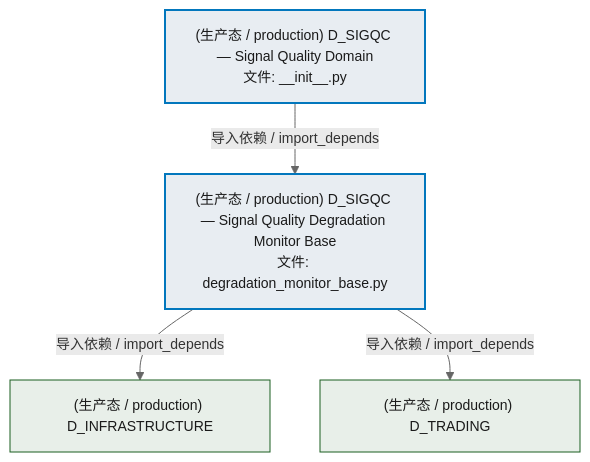
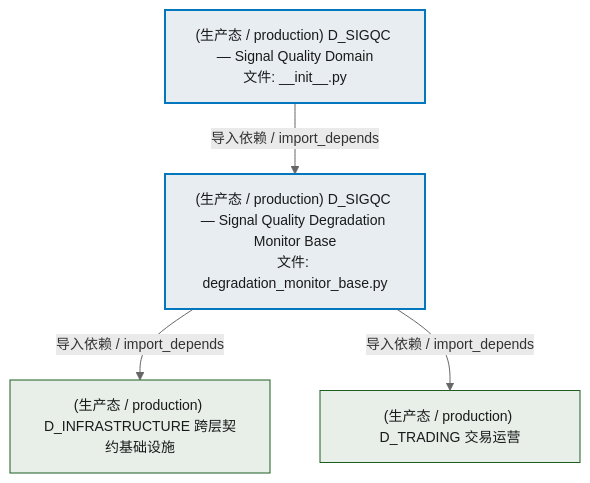
The second of 3 diagrams in docs/02_enterprise_architecture/02_domain_architecture_docs/69_d_sigqc.md (xuanFelixVan/ZephyrAlpha), drawn with Mermaid before and after one commit. The commit also changed other lines of this file and 45 other files, not shown here.

````diff
--- a/docs/02_enterprise_architecture/02_domain_architecture_docs/69_d_sigqc.md
+++ b/docs/02_enterprise_architecture/02_domain_architecture_docs/69_d_sigqc.md
@@ -84,17 +84,17 @@
 ```mermaid
 %%{init: {'theme': 'base', 'themeVariables': {'primaryColor': '#eaeaea', 'primaryTextColor': '#333333', 'primaryBorderColor': '#666666', 'lineColor': '#666666', 'secondaryColor': '#eaeaea', 'tertiaryColor': '#eaeaea', 'fontSize': '14px'}}}%%
 flowchart TD
     src_zephyr_signal_quality_init_py["(生产态 / production) D_SIGQC — Signal Quality Domain<br/>文件: __init__.py"]
     src_zephyr_signal_quality_degradation_monitor_base_py["(生产态 / production) D_SIGQC — Signal Quality Degradation Monitor Base<br/>文件: degradation_monitor_base.py"]
     src_zephyr_signal_quality_init_py -->|导入依赖 / import_depends| src_zephyr_signal_quality_degradation_monitor_base_py
-    D_INFRASTRUCTURE["(生产态 / production) D_INFRASTRUCTURE"]
+    D_INFRASTRUCTURE["(生产态 / production) D_INFRASTRUCTURE 跨层契约基础设施"]
     src_zephyr_signal_quality_degradation_monitor_base_py -->|导入依赖 / import_depends| D_INFRASTRUCTURE
-    D_TRADING["(生产态 / production) D_TRADING"]
+    D_TRADING["(生产态 / production) D_TRADING 交易运营"]
     src_zephyr_signal_quality_degradation_monitor_base_py -->|导入依赖 / import_depends| D_TRADING
     classDef production fill:#e8edf2,stroke:#0277bd,stroke-width:2px,color:#1a1a1a
     classDef design fill:#f0ebe3,stroke:#bf360c,stroke-width:2px,color:#1a1a1a,stroke-dasharray: 5 5
     classDef external_prod fill:#e8efe9,stroke:#1b5e20,stroke-width:1px,color:#1a1a1a
     classDef external_design fill:#efe5ea,stroke:#880e4f,stroke-width:1px,color:#1a1a1a,stroke-dasharray: 5 5
     class src_zephyr_signal_quality_init_py,src_zephyr_signal_quality_degradation_monitor_base_py production
     class D_INFRASTRUCTURE,D_TRADING external_prod
 ```
````
